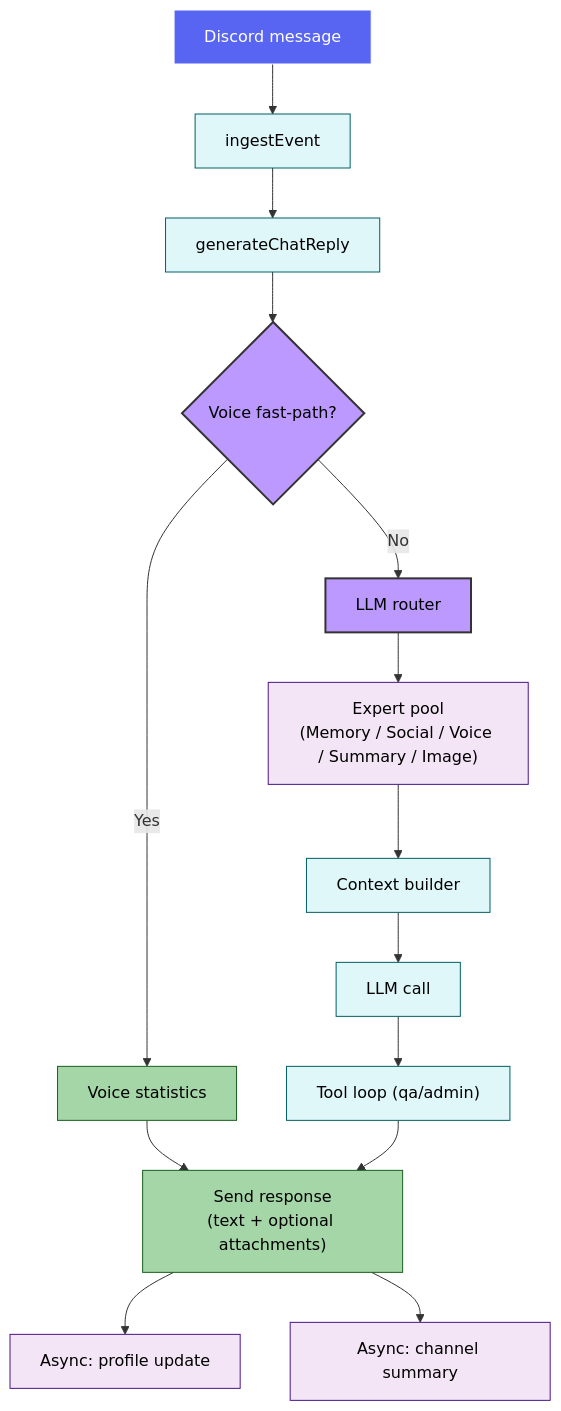
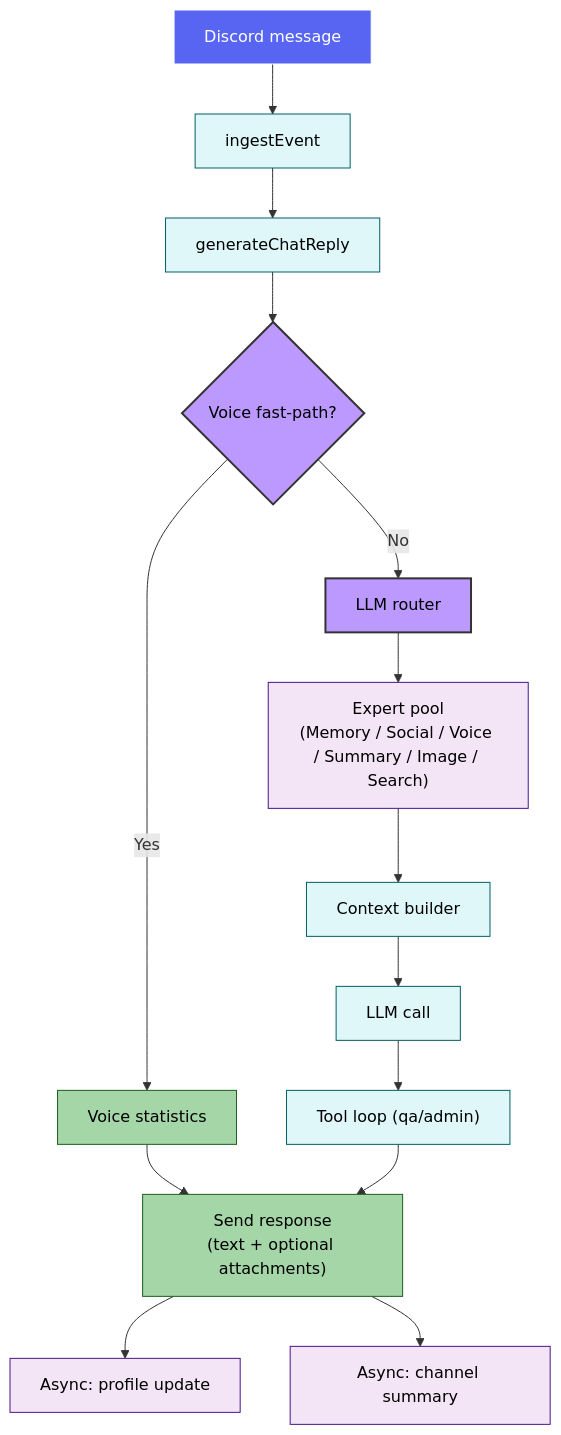
Before and after one commit to BokX1/Sage: the first of 3 diagrams in docs/architecture/pipeline.md, drawn with Mermaid. The commit also changed other lines of this file and 7 other files, not shown here.

````diff
--- a/docs/architecture/pipeline.md
+++ b/docs/architecture/pipeline.md
@@ -24,20 +25,20 @@
 ```mermaid
 flowchart TD
     %% End-to-end message handling (routing + orchestration).
     classDef discord fill:#5865F2,stroke:#fff,color:white
     classDef core fill:#e0f7fa,stroke:#006064,color:black
     classDef router fill:#b9f,stroke:#333,stroke-width:2px,color:black
     classDef expert fill:#f3e5f5,stroke:#4a148c,color:black
     classDef output fill:#a5d6a7,stroke:#1b5e20,color:black
 
     A[Discord message]:::discord --> B[ingestEvent]:::core --> C[generateChatReply]:::core
     C --> D{Voice fast-path?}:::router
 
     D -- Yes --> E[Voice statistics]:::output --> K["Send response\n(text + optional attachments)"]:::output
 
     D -- No --> R[LLM router]:::router
-    R --> X["Expert pool\n(Memory / Social / Voice / Summary / Image)"]:::expert --> H[Context builder]:::core --> I[LLM call]:::core --> J["Tool loop (qa/admin)"]:::core --> K
+    R --> X["Expert pool\n(Memory / Social / Voice / Summary / Image / Search)"]:::expert --> H[Context builder]:::core --> I[LLM call]:::core --> J["Tool loop (qa/admin)"]:::core --> K
 
     K --> L[Async: profile update]:::expert
     K --> M[Async: channel summary]:::expert
 ```
````
